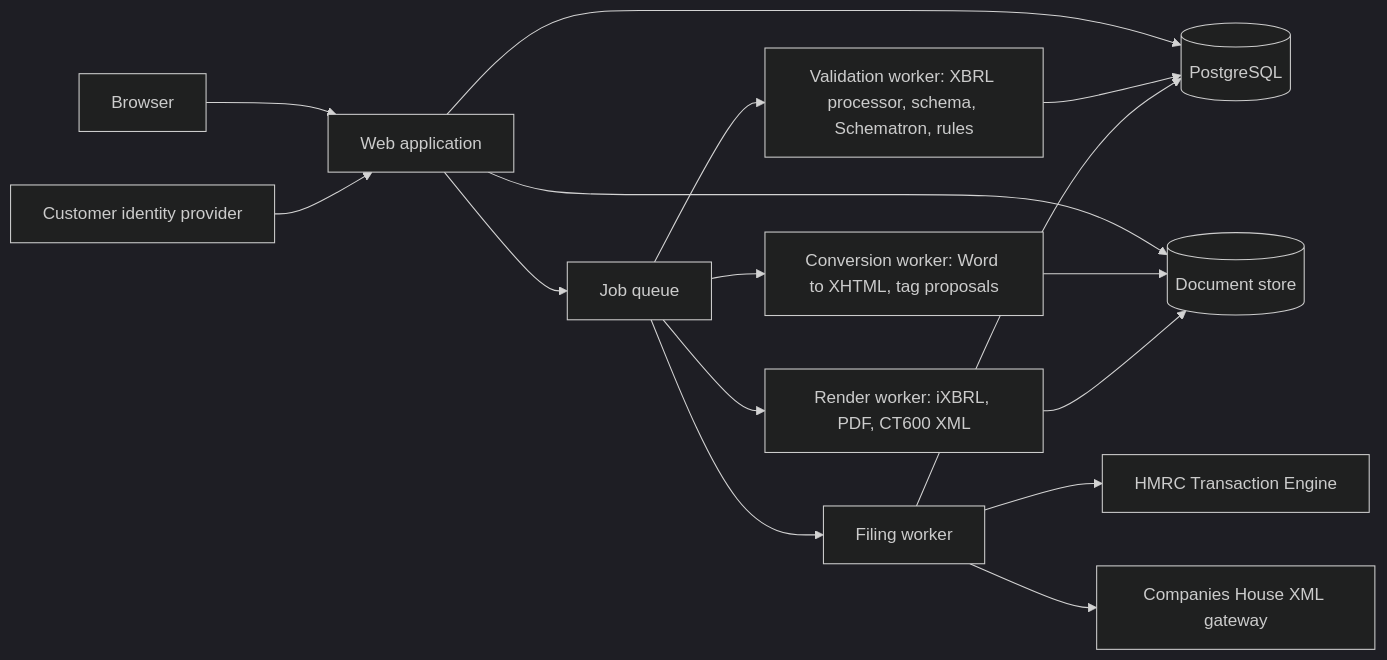
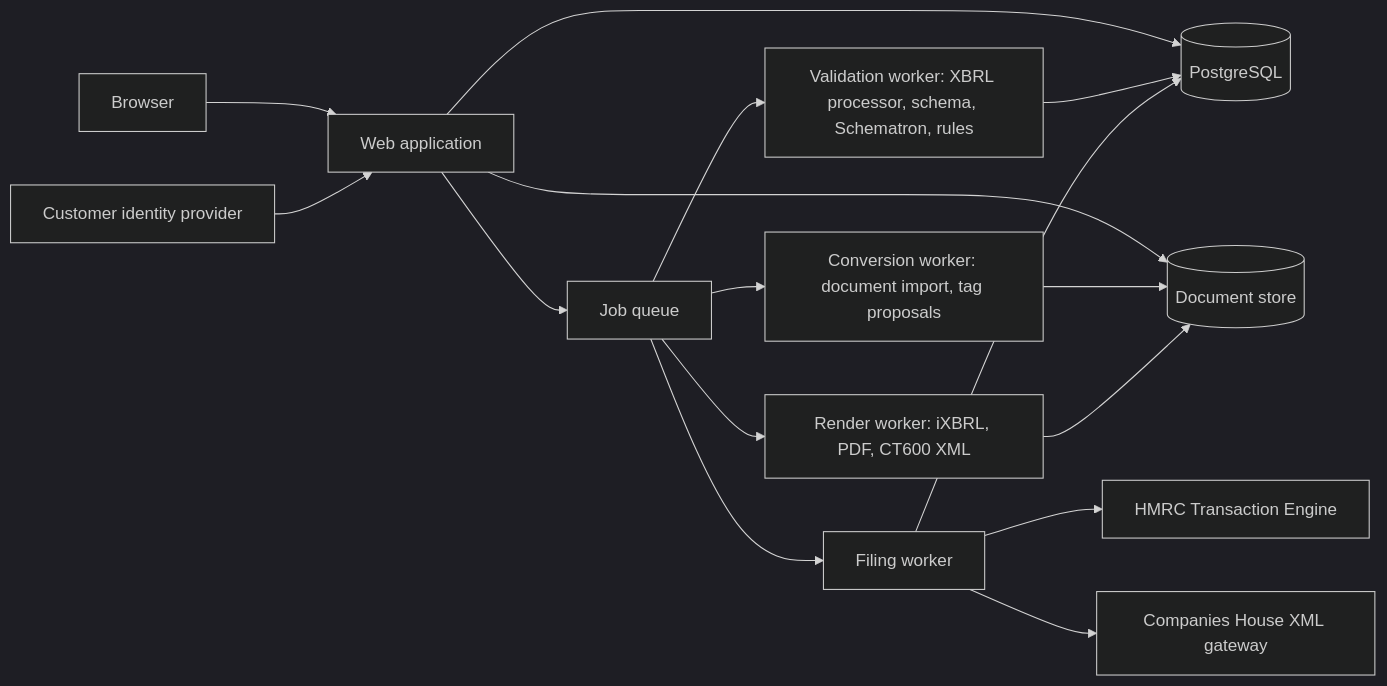
The third of 3 diagrams in SPECIFICATION.md (thomasmead-alt/Xbrl), drawn with Mermaid (dark theme) before and after one commit. The commit also changed other lines of this file, not shown here.

First line of the commit message:
Allow accounts to be imported from Excel and HTML as well as Word

````diff
--- a/SPECIFICATION.md
+++ b/SPECIFICATION.md
@@ -614,18 +618,18 @@
 ```mermaid
 flowchart LR
     UI[Browser] --> API[Web application]
     IdP[Customer identity provider] --> API
     API --> DB[(PostgreSQL)]
     API --> Store[(Document store)]
     API --> Queue[Job queue]
-    Queue --> Convert[Conversion worker: Word to XHTML, tag proposals]
+    Queue --> Convert[Conversion worker: document import, tag proposals]
     Queue --> Render[Render worker: iXBRL, PDF, CT600 XML]
     Queue --> Validate[Validation worker: XBRL processor, schema, Schematron, rules]
     Queue --> File[Filing worker]
     File --> HMRC[HMRC Transaction Engine]
     File --> CH[Companies House XML gateway]
     Convert --> Store
     Render --> Store
     Validate --> DB
     File --> DB
 ```
````
